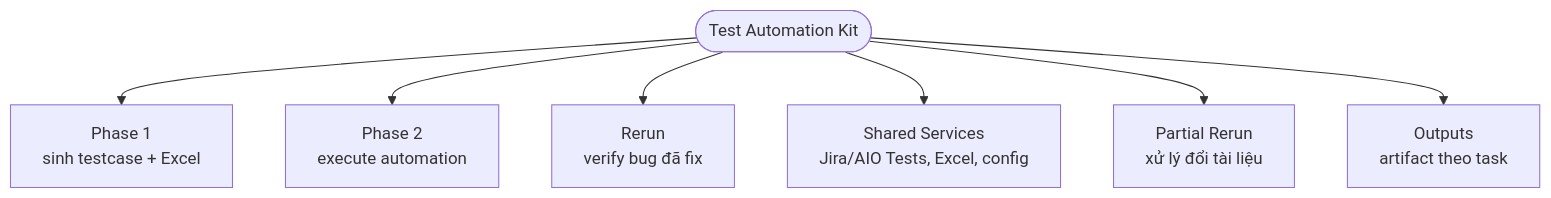
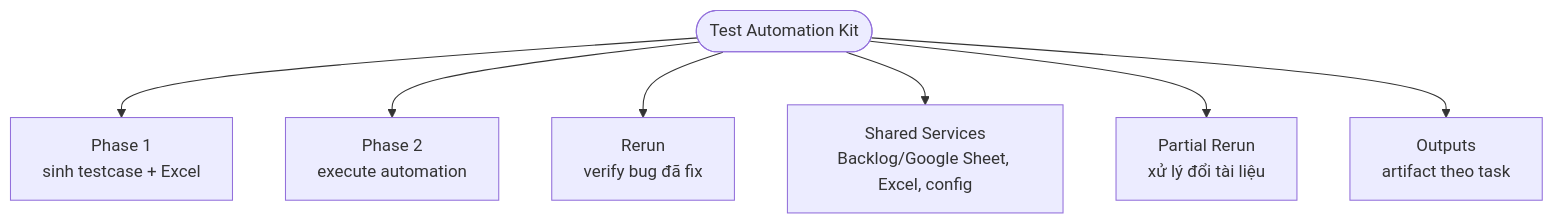
Before and after one commit to hungmanh0206/test-automation-kit-qig: the first of 3 diagrams in README.md, drawn with Mermaid. The commit also changed other lines of this file and 108 other files, not shown here.

First line of the commit message:
feat(kit): migrate Jira -> Backlog, AIO Tests -> Google Sheet, sync docs

````diff
--- a/README.md
+++ b/README.md
@@ -13,10 +13,10 @@
 ```mermaid
 flowchart TD
     Kit(["Test Automation Kit"])
     Kit --> P1["Phase 1<br/>sinh testcase + Excel"]
     Kit --> P2["Phase 2<br/>execute automation"]
     Kit --> RR["Rerun<br/>verify bug đã fix"]
-    Kit --> SS["Shared Services<br/>Jira/AIO Tests, Excel, config"]
+    Kit --> SS["Shared Services<br/>Backlog/Google Sheet, Excel, config"]
     Kit --> PR["Partial Rerun<br/>xử lý đổi tài liệu"]
     Kit --> OUT["Outputs<br/>artifact theo task"]
 ```
````
